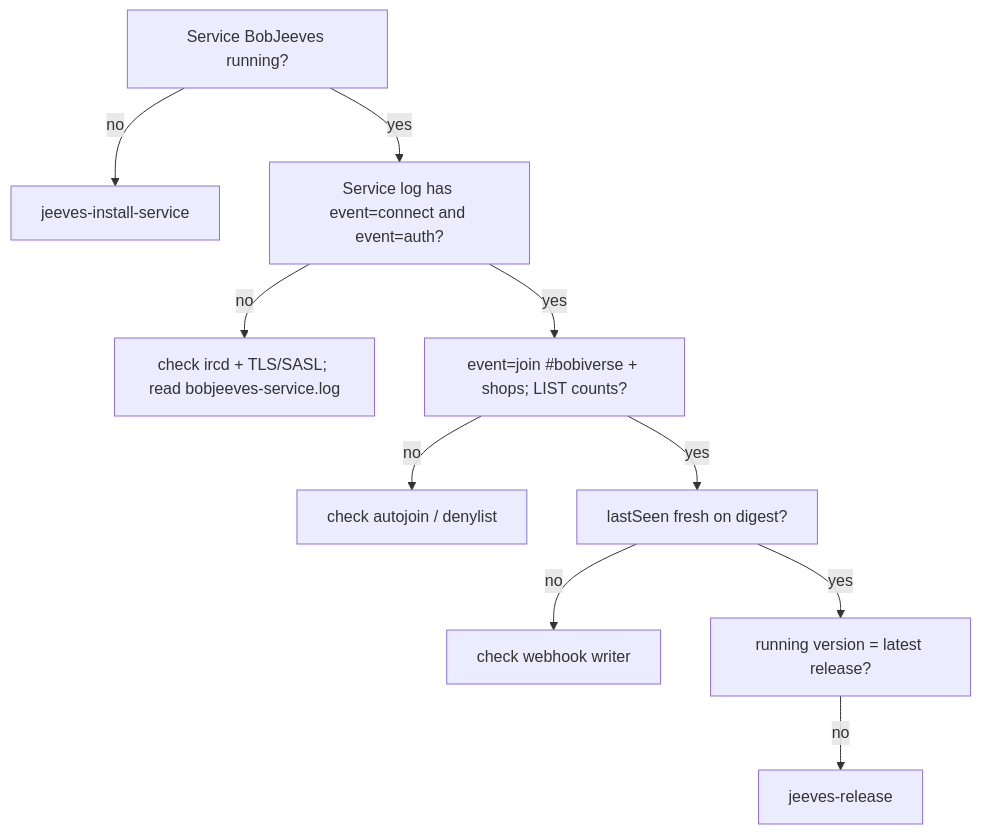
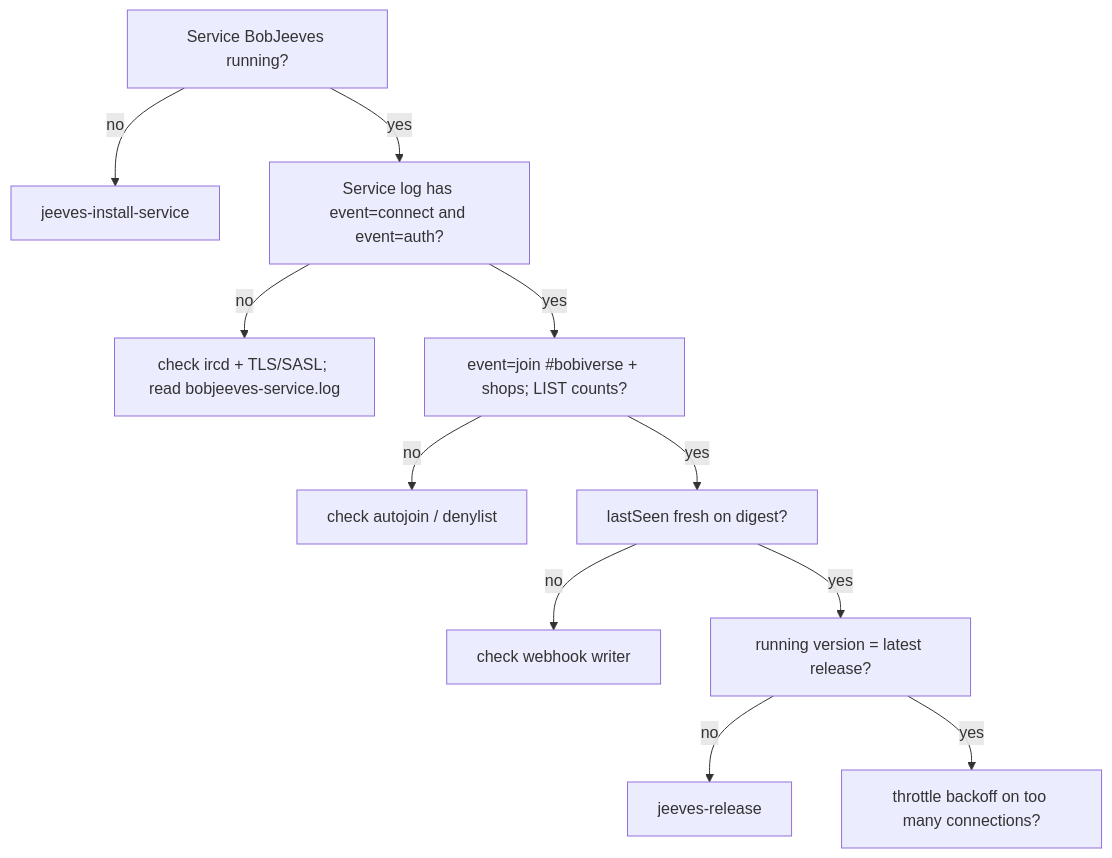
Before and after one commit to SimonBarnett/gh-Jeeves: the diagram in skills/jeeves-health/SKILL.md, drawn with Mermaid. The commit also changed other lines of this file and 4 other files, not shown here.

````diff
--- a/skills/jeeves-health/SKILL.md
+++ b/skills/jeeves-health/SKILL.md
@@ -18,12 +22,13 @@
 ```mermaid
 flowchart TD
   S[Service BobJeeves running?] -->|no| F1[jeeves-install-service]
   S -->|yes| G[Service log has event=connect and event=auth?]
   G -->|no| F2[check ircd + TLS/SASL; read bobjeeves-service.log]
   G -->|yes| P[event=join #bobiverse + shops; LIST counts?]
   P -->|no| F3[check autojoin / denylist]
   P -->|yes| L[lastSeen fresh on digest?]
   L -->|no| F4[check webhook writer]
   L -->|yes| V[running version = latest release?]
   V -->|no| F5[jeeves-release]
+  V -->|yes| T[throttle backoff on too many connections?]
 ```
````
